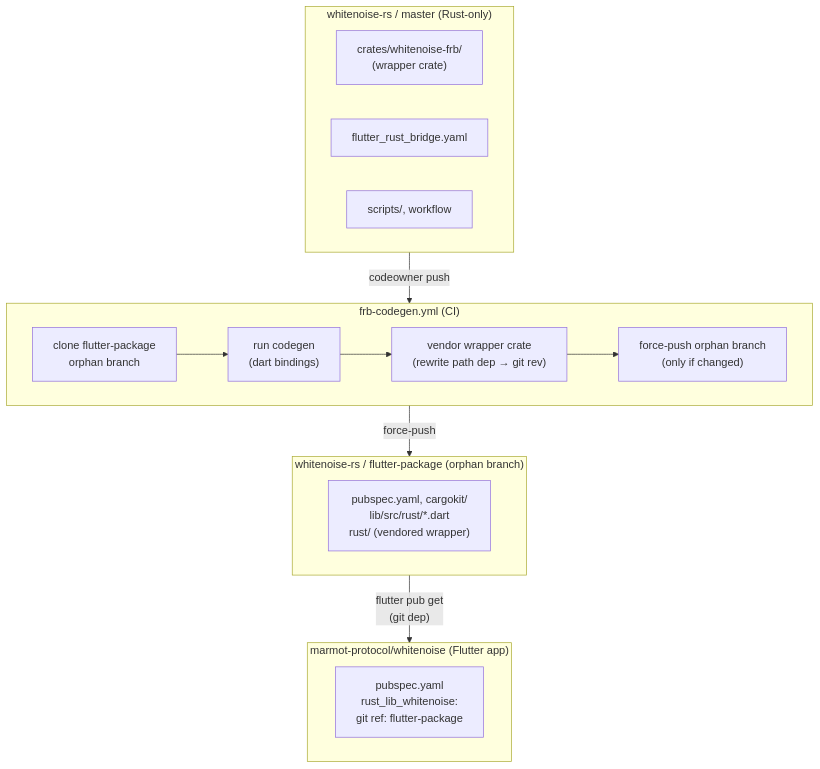
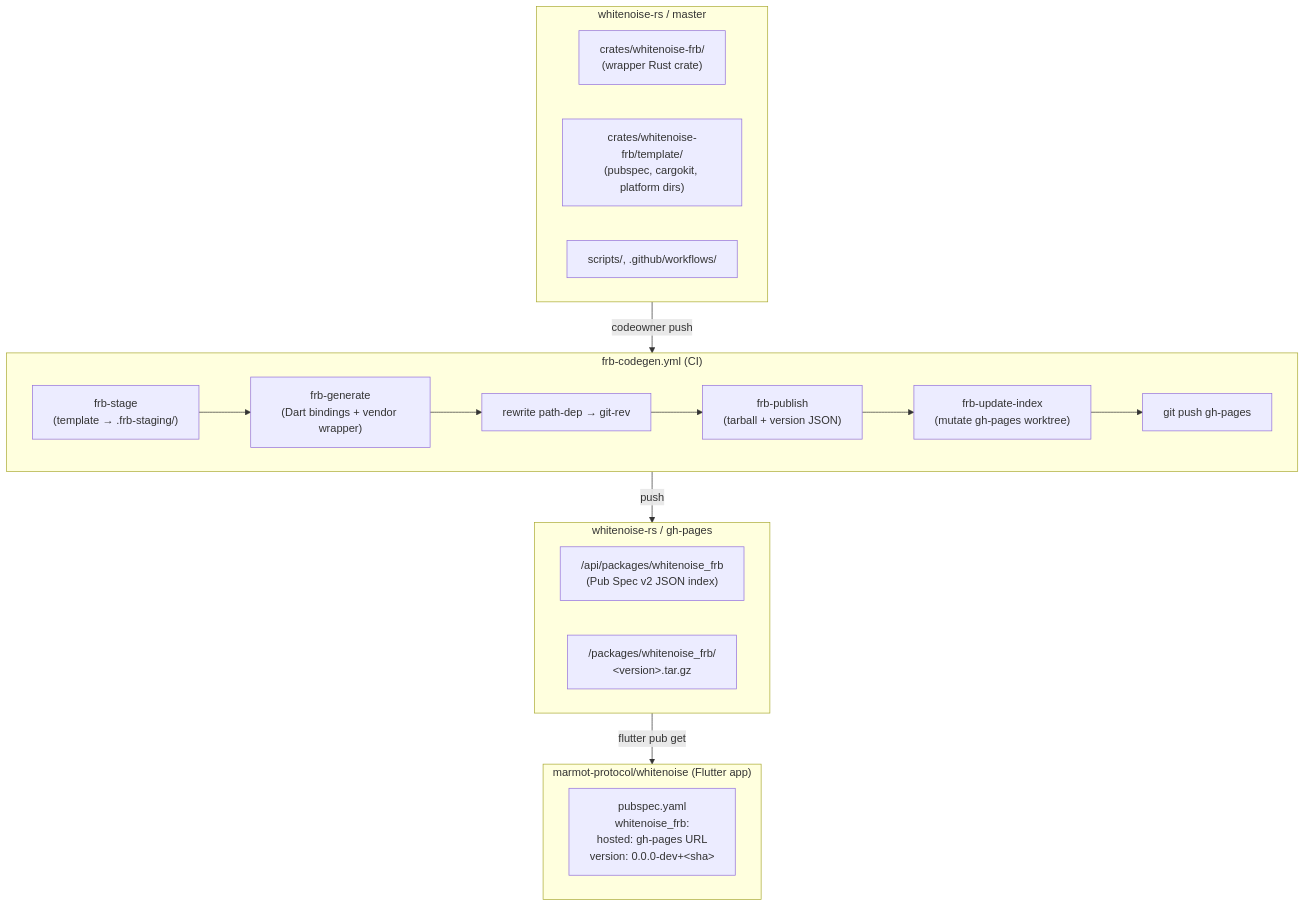
The diagram in docs/frb-flutter-migration.md (marmot-protocol/whitenoise-rs), drawn with Mermaid before and after one commit. The commit also changed other lines of this file and 61 other files, not shown here.

````diff
--- a/docs/frb-flutter-migration.md
+++ b/docs/frb-flutter-migration.md
@@ -17,28 +14,31 @@
 ```mermaid
 flowchart TD
-    subgraph master["whitenoise-rs / master (Rust-only)"]
-        wrap["crates/whitenoise-frb/<br/>(wrapper crate)"]
-        cfg["flutter_rust_bridge.yaml"]
-        scripts["scripts/, workflow"]
+    subgraph master["whitenoise-rs / master"]
+        wrap["crates/whitenoise-frb/<br/>(wrapper Rust crate)"]
+        tmpl["crates/whitenoise-frb/template/<br/>(pubspec, cargokit, platform dirs)"]
+        scripts["scripts/, .github/workflows/"]
     end
 
     subgraph ci["frb-codegen.yml (CI)"]
-        s1["clone flutter-package<br/>orphan branch"]
-        s2["run codegen<br/>(dart bindings)"]
-        s3["vendor wrapper crate<br/>(rewrite path dep → git rev)"]
-        s4["force-push orphan branch<br/>(only if changed)"]
-        s1 --> s2 --> s3 --> s4
+        s1["frb-stage<br/>(template → .frb-staging/)"]
+        s2["frb-generate<br/>(Dart bindings + vendor wrapper)"]
+        s3["rewrite path-dep → git-rev"]
+        s4["frb-publish<br/>(tarball + version JSON)"]
+        s5["frb-update-index<br/>(mutate gh-pages worktree)"]
+        s6["git push gh-pages"]
+        s1 --> s2 --> s3 --> s4 --> s5 --> s6
     end
 
-    subgraph orphan["whitenoise-rs / flutter-package (orphan branch)"]
-        pkg["pubspec.yaml, cargokit/<br/>lib/src/rust/*.dart<br/>rust/ (vendored wrapper)"]
+    subgraph pages["whitenoise-rs / gh-pages"]
+        idx["/api/packages/whitenoise_frb<br/>(Pub Spec v2 JSON index)"]
+        tar["/packages/whitenoise_frb/<br/>&lt;version&gt;.tar.gz"]
     end
 
     subgraph app["marmot-protocol/whitenoise (Flutter app)"]
-        dep["pubspec.yaml<br/>rust_lib_whitenoise:<br/>git ref: flutter-package"]
+        dep["pubspec.yaml<br/>whitenoise_frb:<br/>  hosted: gh-pages URL<br/>  version: 0.0.0-dev+&lt;sha&gt;"]
     end
 
     master -- "codeowner push" --> ci
-    ci -- "force-push" --> orphan
-    orphan -- "flutter pub get<br/>(git dep)" --> app
+    ci -- "push" --> pages
+    pages -- "flutter pub get" --> app
 ```
````
